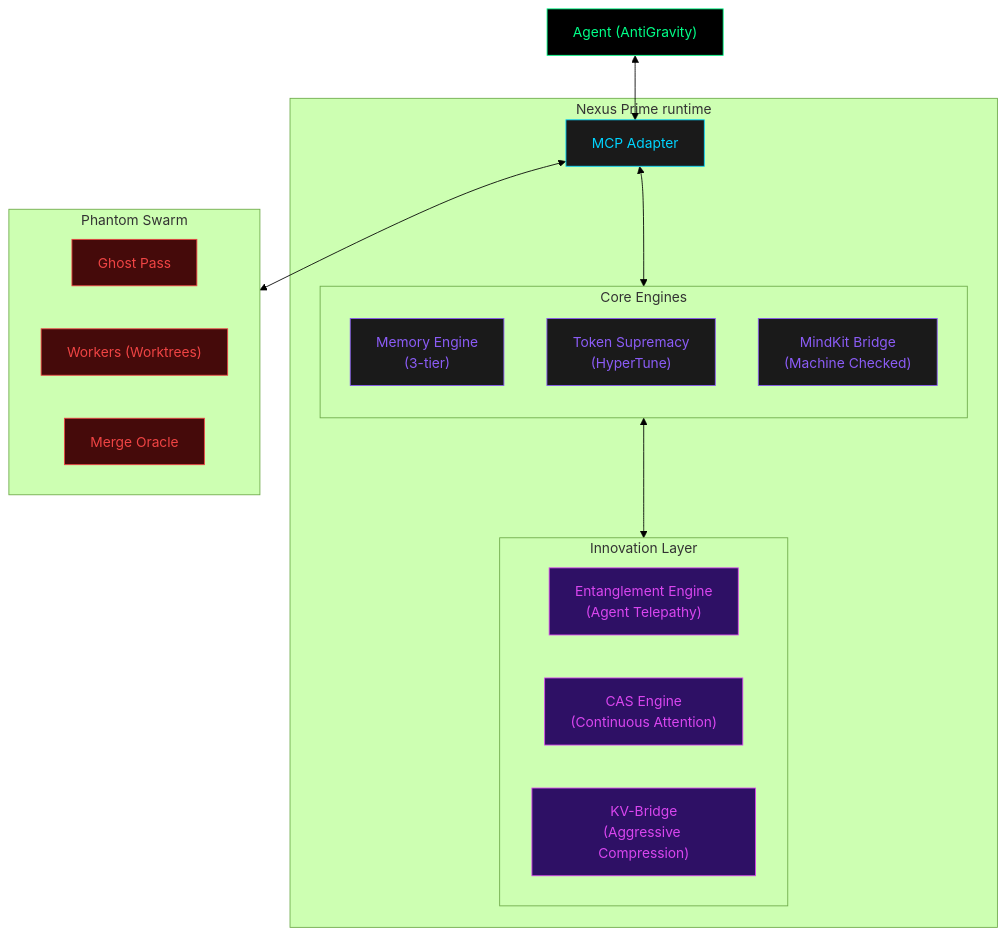
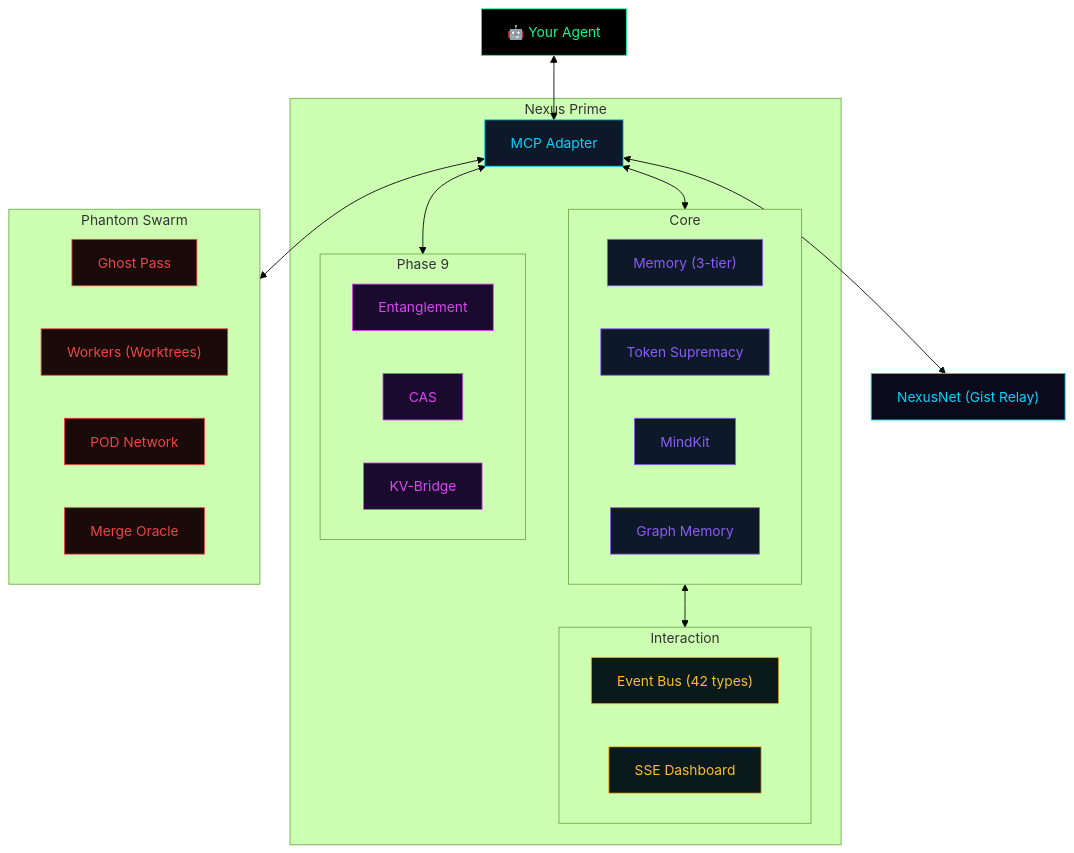
The diagram in README.md (sir-ad/nexus-prime), drawn with Mermaid (forest theme) before and after one commit. The commit also changed other lines of this file and 5 other files, not shown here.

````diff
--- a/README.md
+++ b/README.md
@@ -99,39 +114,42 @@
 ```mermaid
 flowchart TB
-    User["Agent (AntiGravity)"]:::client
-    
-    subgraph Nexus["Nexus Prime runtime"]
+    Agent["🤖 Your Agent"]:::client
+    subgraph NP["Nexus Prime"]
         MCP["MCP Adapter"]:::adapter
-        
-        subgraph Core["Core Engines"]
-            direction TB
-            Memory["Memory Engine<br/>(3-tier)"]:::engine
-            Tokens["Token Supremacy<br/>(HyperTune)"]:::engine
-            Guard["MindKit Bridge<br/>(Machine Checked)"]:::engine
+        subgraph Engines["Core"]
+            Mem["Memory (3-tier)"]:::e
+            Tok["Token Supremacy"]:::e
+            Guard["MindKit"]:::e
+            Graph["Graph Memory"]:::e
         end
-        
-        subgraph Phase9["Innovation Layer"]
-            direction RL
-            Entangle["Entanglement Engine<br/>(Agent Telepathy)"]:::innovation
-            CAS["CAS Engine<br/>(Continuous Attention)"]:::innovation
-            KV["KV-Bridge<br/>(Aggressive Compression)"]:::innovation
+        subgraph P9["Phase 9"]
+            Ent["Entanglement"]:::p9
+            CAS["CAS"]:::p9
+            KV["KV-Bridge"]:::p9
+        end
+        subgraph UX["Interaction"]
+            EB["Event Bus (42 types)"]:::ux
+            Dash["SSE Dashboard"]:::ux
         end
     end
-    
     subgraph Swarm["Phantom Swarm"]
-        GP["Ghost Pass"]:::swarm
-        PW["Workers (Worktrees)"]:::swarm
-        OR["Merge Oracle"]:::swarm
+        Ghost["Ghost Pass"]:::sw
+        Workers["Workers (Worktrees)"]:::sw
+        POD["POD Network"]:::sw
+        Oracle["Merge Oracle"]:::sw
     end
-    
-    User <--> MCP
-    MCP <--> Core
-    Core <--> Phase9
+    Net["NexusNet (Gist Relay)"]:::net
+    Agent <--> MCP
+    MCP <--> Engines
+    MCP <--> P9
     MCP <--> Swarm
-    
+    Engines <--> UX
+    MCP <--> Net
     classDef client fill:#000,stroke:#00ff88,color:#00ff88
-    classDef adapter fill:#1a1a1a,stroke:#00d4ff,color:#00d4ff
-    classDef engine fill:#1a1a1a,stroke:#8b5cf6,color:#8b5cf6
-    classDef innovation fill:#2e1065,stroke:#d946ef,color:#d946ef
-    classDef swarm fill:#450a0a,stroke:#ef4444,color:#ef4444
+    classDef adapter fill:#0d1828,stroke:#00d4ff,color:#00d4ff
+    classDef e fill:#0d1828,stroke:#8b5cf6,color:#8b5cf6
+    classDef p9 fill:#1a0a2e,stroke:#d946ef,color:#d946ef
+    classDef sw fill:#1a0a0a,stroke:#ef4444,color:#ef4444
+    classDef ux fill:#0a1a1a,stroke:#fbbf24,color:#fbbf24
+    classDef net fill:#0a0a1a,stroke:#00d4ff,color:#00d4ff
 ```
````
